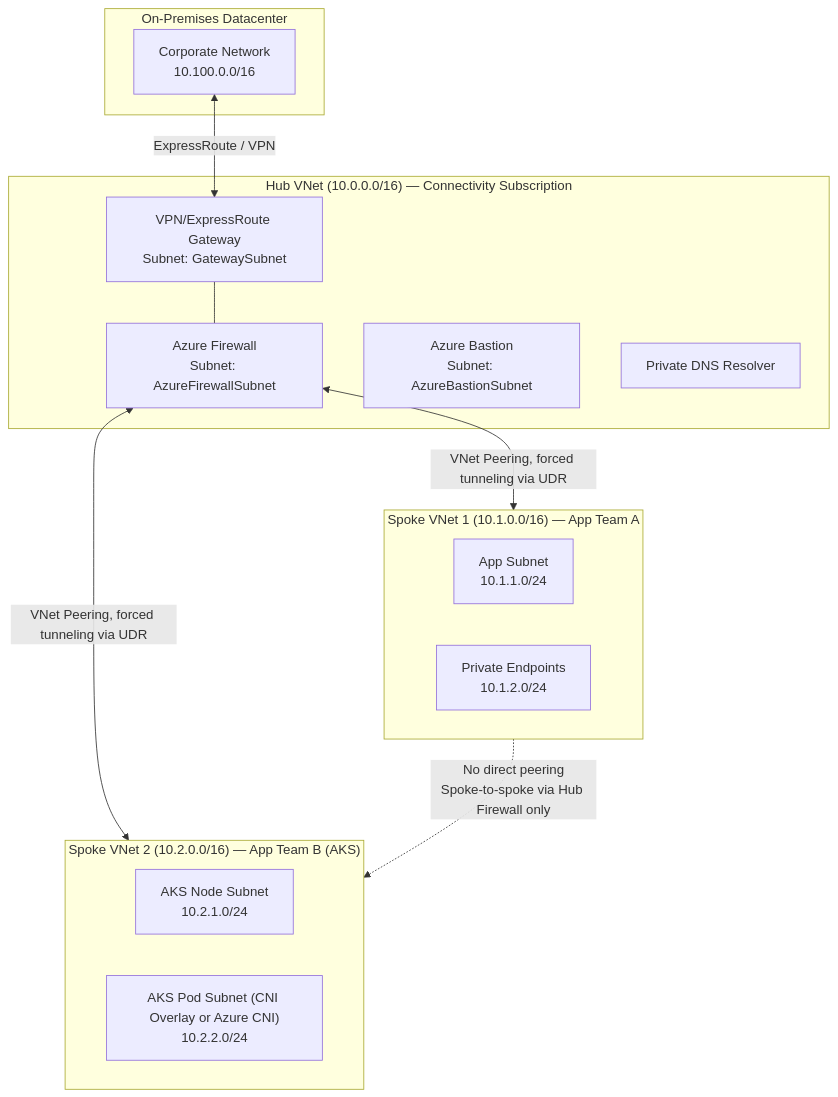
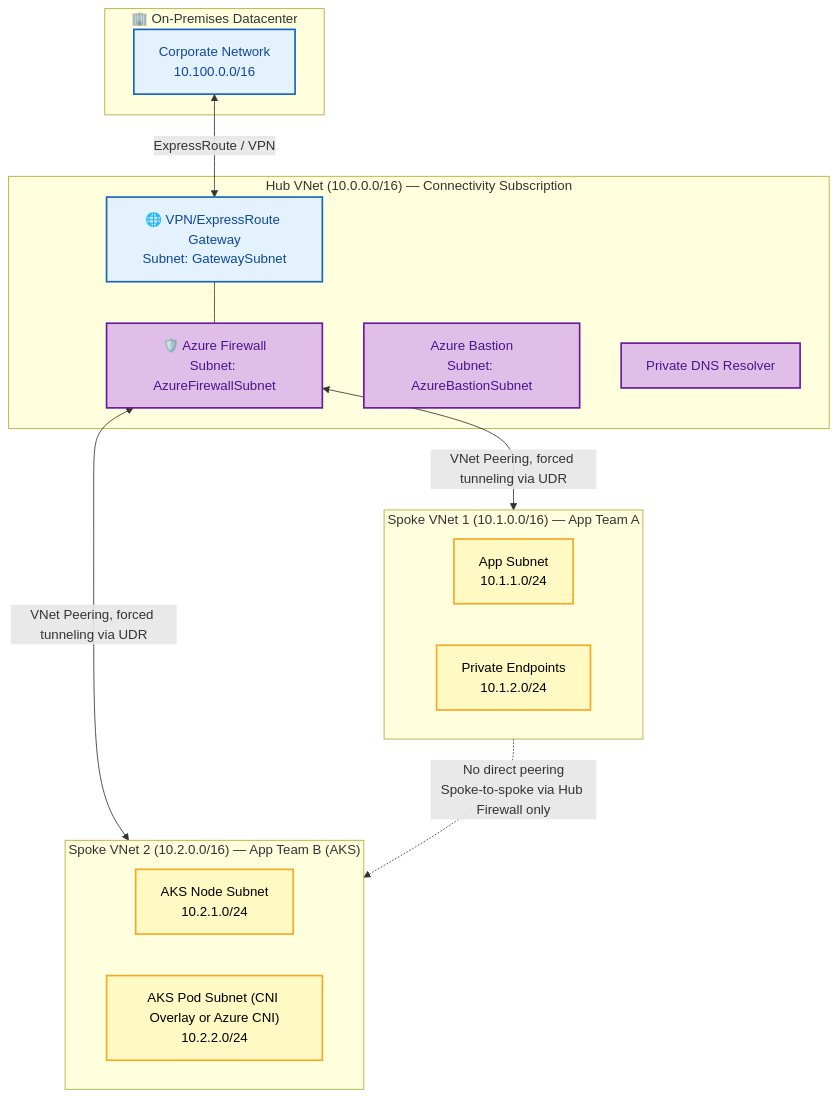
Before and after one commit to rakesh-budde/devops-guide: the tenth of 12 diagrams in azure/README.md, drawn with Mermaid. The commit also changed other lines of this file and 73 other files, not shown here.

````diff
--- a/azure/README.md
+++ b/azure/README.md
@@ -730,25 +880,36 @@
 ```mermaid
 graph TB
-    subgraph OnPrem["On-Premises Datacenter"]
+    subgraph OnPrem["🏢 On-Premises Datacenter"]
         OnPremNet["Corporate Network<br/>10.100.0.0/16"]
     end
     subgraph Hub["Hub VNet (10.0.0.0/16) — Connectivity Subscription"]
-        GW["VPN/ExpressRoute Gateway<br/>Subnet: GatewaySubnet"]
-        FW["Azure Firewall<br/>Subnet: AzureFirewallSubnet"]
+        GW["🌐 VPN/ExpressRoute Gateway<br/>Subnet: GatewaySubnet"]
+        FW["🛡️ Azure Firewall<br/>Subnet: AzureFirewallSubnet"]
         Bastion["Azure Bastion<br/>Subnet: AzureBastionSubnet"]
         DNSResolver["Private DNS Resolver"]
     end
     subgraph Spoke1["Spoke VNet 1 (10.1.0.0/16) — App Team A"]
         App1["App Subnet<br/>10.1.1.0/24"]
         PE1["Private Endpoints<br/>10.1.2.0/24"]
     end
     subgraph Spoke2["Spoke VNet 2 (10.2.0.0/16) — App Team B (AKS)"]
         AKSNodes["AKS Node Subnet<br/>10.2.1.0/24"]
         AKSPods["AKS Pod Subnet (CNI Overlay or Azure CNI)<br/>10.2.2.0/24"]
     end
     OnPremNet <-->|ExpressRoute / VPN| GW
     GW --- FW
     FW <-->|VNet Peering, forced tunneling via UDR| Spoke1
     FW <-->|VNet Peering, forced tunneling via UDR| Spoke2
     Spoke1 -.->|No direct peering<br/>Spoke-to-spoke via Hub Firewall only| Spoke2
+    class OnPremNet start
+    class GW start
+    class FW ctrl
+    class Bastion,DNSResolver ctrl
+    class App1,PE1,AKSNodes,AKSPods proc
+    classDef start fill:#e3f2fd,stroke:#1565c0,color:#0d47a1,stroke-width:2px;
+    classDef proc fill:#fff9c4,stroke:#f9a825,color:#000,stroke-width:2px;
+    classDef good fill:#c8e6c9,stroke:#2e7d32,color:#1b5e20,stroke-width:2px;
+    classDef bad fill:#ffcdd2,stroke:#c62828,color:#b71c1c,stroke-width:2px;
+    classDef ctrl fill:#e1bee7,stroke:#6a1b9a,color:#4a148c,stroke-width:2px;
+    classDef store fill:#ffe0b2,stroke:#e65100,color:#000,stroke-width:2px;
 ```
````
